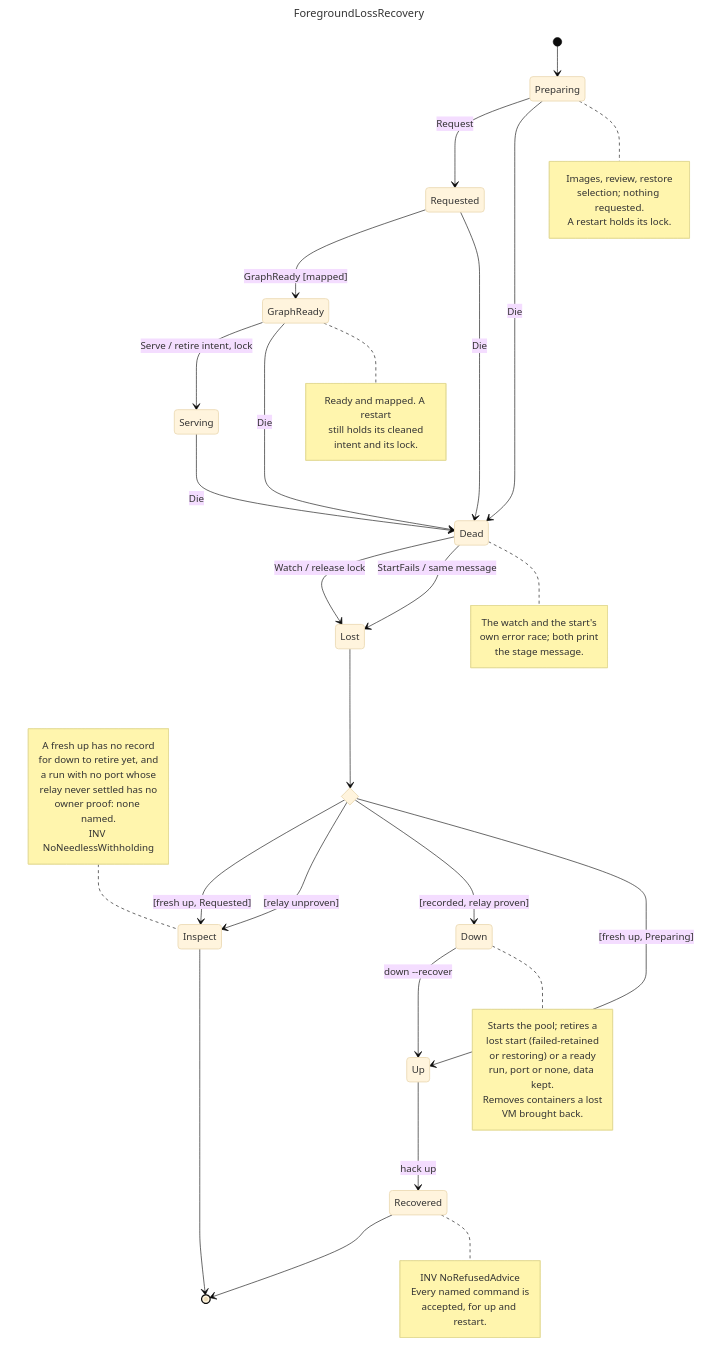
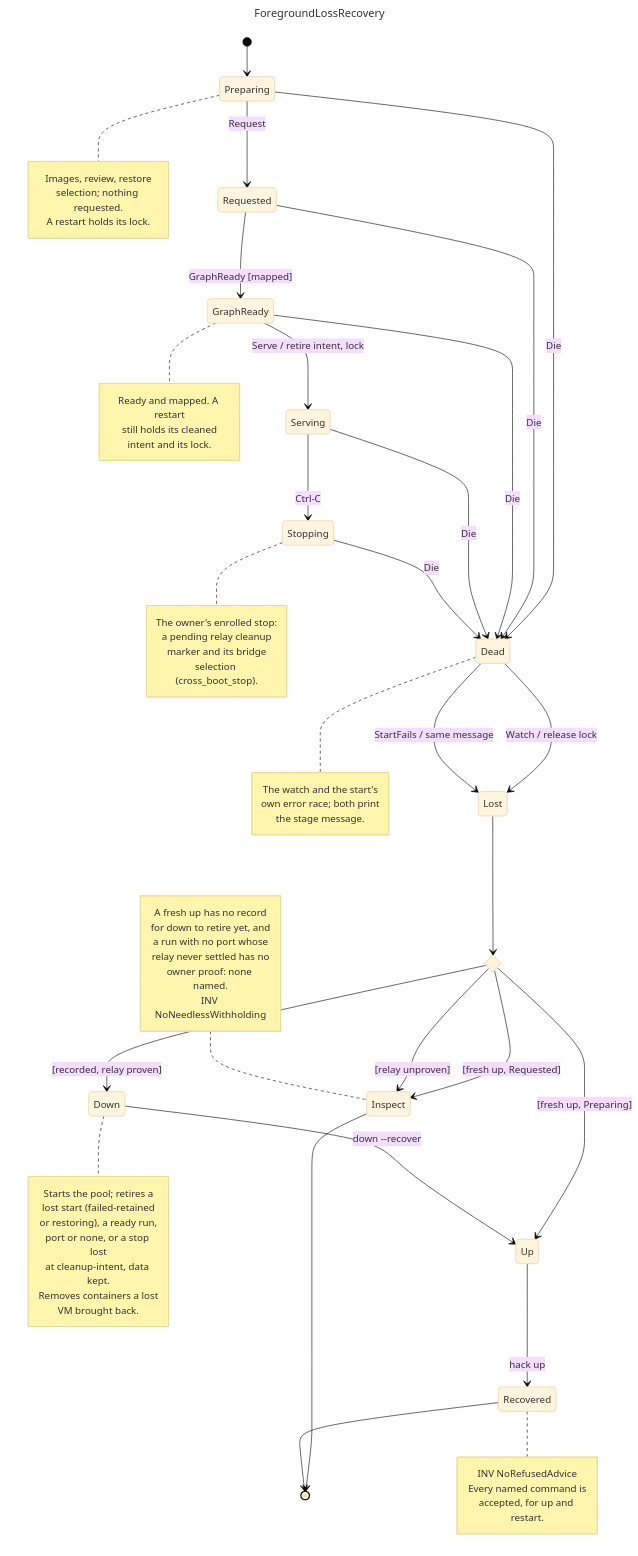
One commit to hack-dance/hack changed the diagram in docs/diagrams/foreground-loss-recovery.mmd. Above: the diagram before and after it, drawn with Mermaid (base theme). The commit also changed 32 other files, not shown here.

```diff
--- a/docs/diagrams/foreground-loss-recovery.mmd
+++ b/docs/diagrams/foreground-loss-recovery.mmd
@@ -1,74 +1,84 @@
 ---
 title: ForegroundLossRecovery
 ---
 stateDiagram-v2
   direction TB
   [*] --> Preparing
   Preparing --> Requested : Request
   Requested --> GraphReady : GraphReady [mapped]
   GraphReady --> Serving : Serve / retire intent, lock
+  Serving --> Stopping : Ctrl-C
   Preparing --> Dead : Die
   Requested --> Dead : Die
   GraphReady --> Dead : Die
   Serving --> Dead : Die
+  Stopping --> Dead : Die
   Dead --> Lost : Watch / release lock
   Dead --> Lost : StartFails / same message
   state advice <<choice>>
   Lost --> advice
   advice --> Inspect : [fresh up, Requested]
   advice --> Inspect : [relay unproven]
   advice --> Down : [recorded, relay proven]
   advice --> Up : [fresh up, Preparing]
   Down --> Up : down --recover
   Up --> Recovered : hack up
   Inspect --> [*]
   Recovered --> [*]
 
   note right of Preparing
     Images, review, restore
     selection; nothing requested.
     A restart holds its lock.
   end note
   note right of GraphReady
     Ready and mapped. A restart
     still holds its cleaned
     intent and its lock.
   end note
+  note right of Stopping
+    The owner's enrolled stop:
+    a pending relay cleanup
+    marker and its bridge
+    selection (cross_boot_stop).
+  end note
   note right of Dead
     The watch and the start's
     own error race; both print
     the stage message.
   end note
   note left of Inspect
     A fresh up has no record
     for down to retire yet, and
     a run with no port whose
     relay never settled has no
     owner proof: none named.
     INV NoNeedlessWithholding
   end note
   note right of Down
     Starts the pool; retires a
     lost start (failed-retained
-    or restoring) or a ready
-    run, port or none, data kept.
+    or restoring), a ready run,
+    port or none, or a stop lost
+    at cleanup-intent, data kept.
     Removes containers a lost
     VM brought back.
   end note
   note right of Recovered
     INV NoRefusedAdvice
     Every named command is
     accepted, for up and restart.
   end note
 
   classDef live stroke-width:1.6px
   classDef wait stroke-width:1.6px
   classDef ok stroke-width:1.6px
   classDef fail stroke-width:1.6px
   classDef idle stroke-width:1.6px
   class Preparing,Requested,GraphReady wait
   class Serving live
+  class Stopping wait
   class Dead,Lost fail
   class Down,Up wait
   class Recovered ok
   class Inspect idle
```
